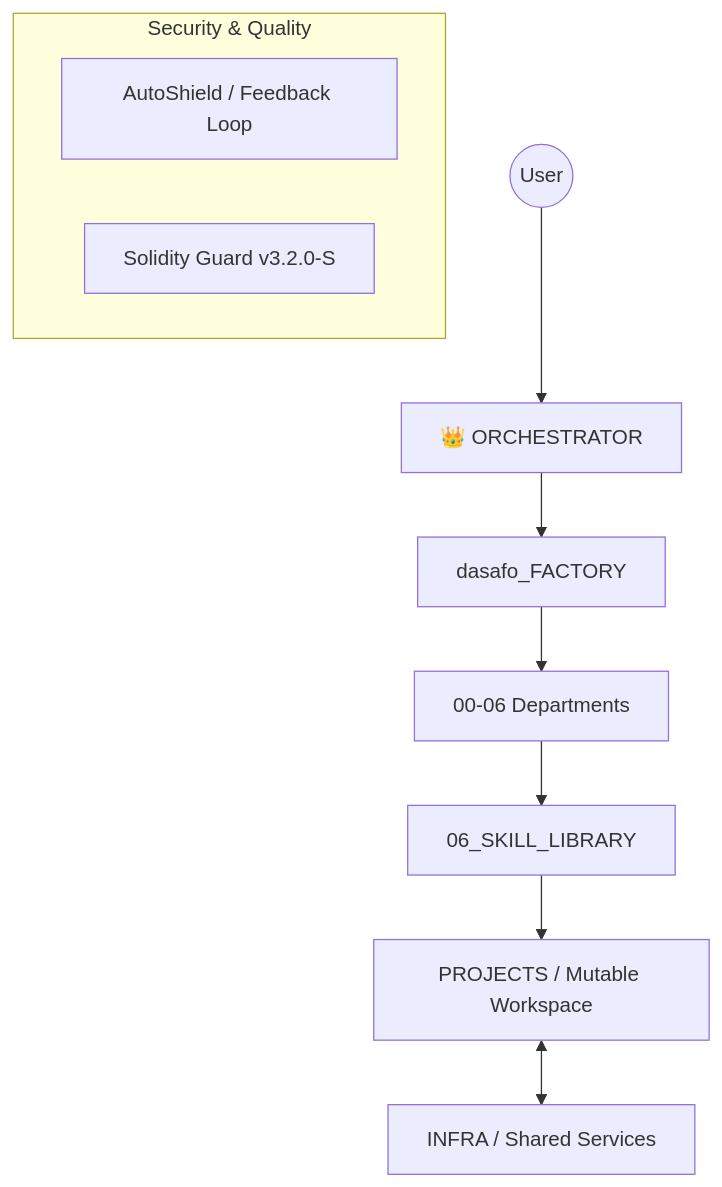
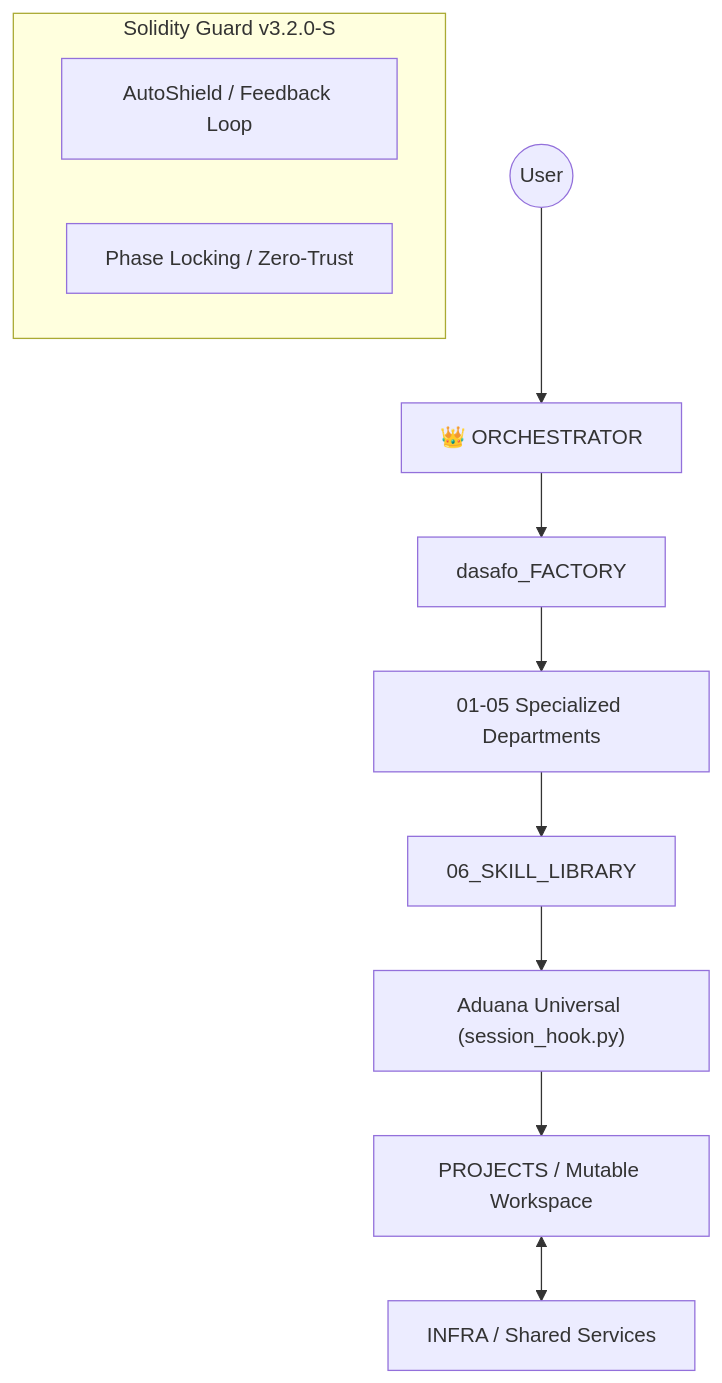
One commit to dasafo/dasafo_Systems changed the diagram in README.md. Above: the diagram before and after it, drawn with Mermaid. The commit also changed other lines of this file and 11 other files, not shown here.

Commit message:
feat: implement session hook for Solidity Protocol enforcement and update agent identity guards

````diff
--- a/README.md
+++ b/README.md
@@ -21,14 +21,15 @@
 ```mermaid
 graph TD
     User((User)) --> Orch["👑 ORCHESTRATOR"]
     Orch --> Brain["dasafo_FACTORY"]
-    Brain --> Depts["00-06 Departments"]
+    Brain --> Depts["01-05 Specialized Departments"]
     Depts --> Skills["06_SKILL_LIBRARY"]
-    Skills --> Projs["PROJECTS / Mutable Workspace"]
+    Skills --> Gate["Aduana Universal (session_hook.py)"]
+    Gate --> Projs["PROJECTS / Mutable Workspace"]
     Projs <--> Infra["INFRA / Shared Services"]
-    
-    subgraph Security_Quality ["Security & Quality"]
+
+    subgraph Security_Quality ["Solidity Guard v3.2.0-S"]
         AutoShield["AutoShield / Feedback Loop"]
-        SolidityGuard["Solidity Guard v3.2.0-S"]
+        PhysicalGate["Phase Locking / Zero-Trust"]
     end
 ```
````
